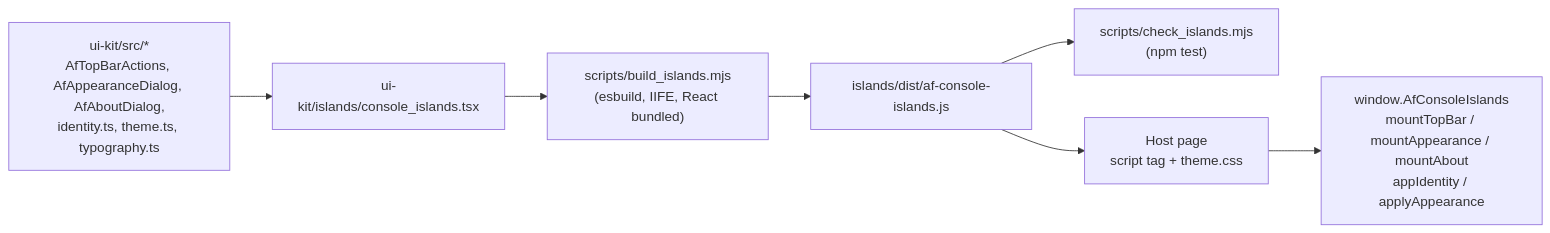
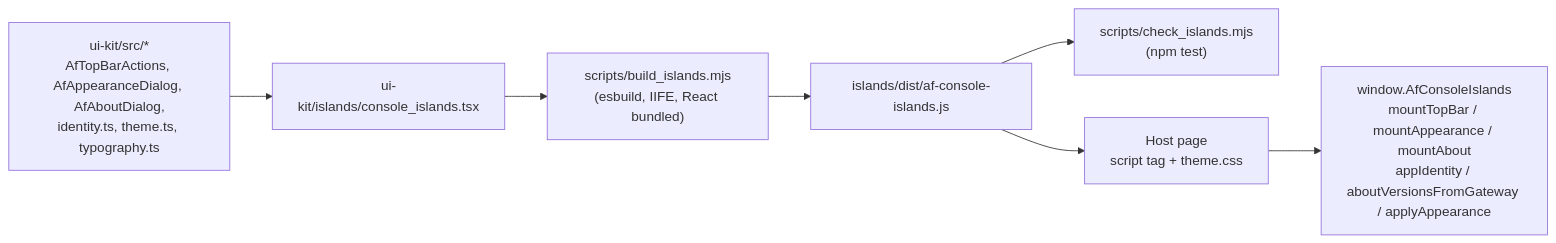
The seventh of 8 diagrams in docs/architecture.md (lpalbou/AbstractUIC), drawn with Mermaid before and after one commit. The commit also changed other lines of this file and 9 other files, not shown here.

Commit message:
docs: compact About card, AfAudioPlayer, Unarchive control, islands API 2 (ui-kit 0.7.0, panel-chat 0.3.1 unreleased); llms regenerated

````diff
--- a/docs/architecture.md
+++ b/docs/architecture.md
@@ -279,14 +287,14 @@
 ```mermaid
 flowchart LR
   SRC["ui-kit/src/*<br/>AfTopBarActions, AfAppearanceDialog, AfAboutDialog,<br/>identity.ts, theme.ts, typography.ts"]
   ENTRY["ui-kit/islands/console_islands.tsx"]
   BUILD["scripts/build_islands.mjs<br/>(esbuild, IIFE, React bundled)"]
   OUT["islands/dist/af-console-islands.js"]
   CHECK["scripts/check_islands.mjs<br/>(npm test)"]
   PAGE["Host page<br/>script tag + theme.css"]
-  API["window.AfConsoleIslands<br/>mountTopBar / mountAppearance / mountAbout<br/>appIdentity / applyAppearance"]
+  API["window.AfConsoleIslands<br/>mountTopBar / mountAppearance / mountAbout<br/>appIdentity / aboutVersionsFromGateway / applyAppearance"]
 
   SRC --> ENTRY --> BUILD --> OUT
   OUT --> CHECK
   OUT --> PAGE --> API
 ```
````
